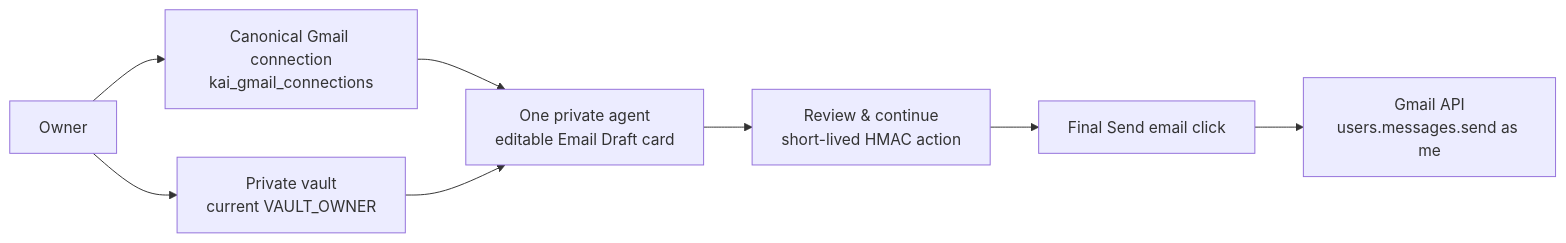
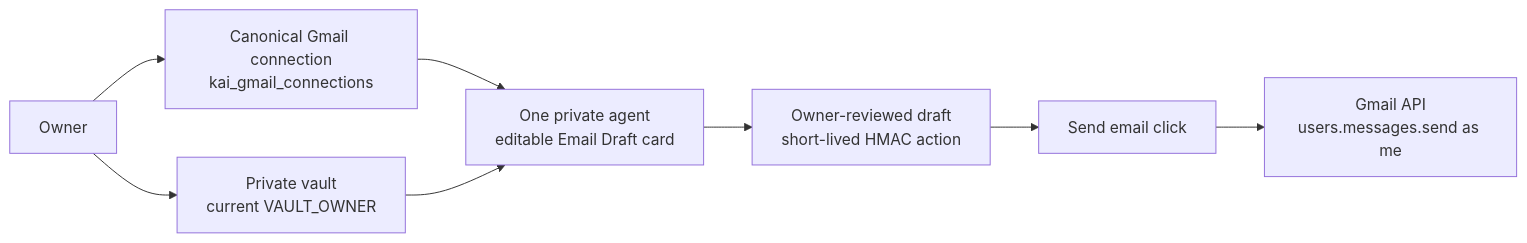
The diagram in docs/reference/one/gmail-owner-approved-email.md (hushh-labs/hushh-research), drawn with Mermaid before and after one commit. The commit also changed other lines of this file and 22 other files, not shown here.

````diff
--- a/docs/reference/one/gmail-owner-approved-email.md
+++ b/docs/reference/one/gmail-owner-approved-email.md
@@ -10,16 +10,16 @@
 ```mermaid
 flowchart LR
   owner["Owner"]
   vault["Private vault\ncurrent VAULT_OWNER"]
   gmail["Canonical Gmail connection\nkai_gmail_connections"]
   agent["One private agent\neditable Email Draft card"]
-  review["Review & continue\nshort-lived HMAC action"]
-  send["Final Send email click"]
+  review["Owner-reviewed draft\nshort-lived HMAC action"]
+  send["Send email click"]
   api["Gmail API\nusers.messages.send as me"]
 
   owner --> vault
   owner --> gmail
   gmail --> agent
   vault --> agent
   agent --> review --> send --> api
 ```
````
